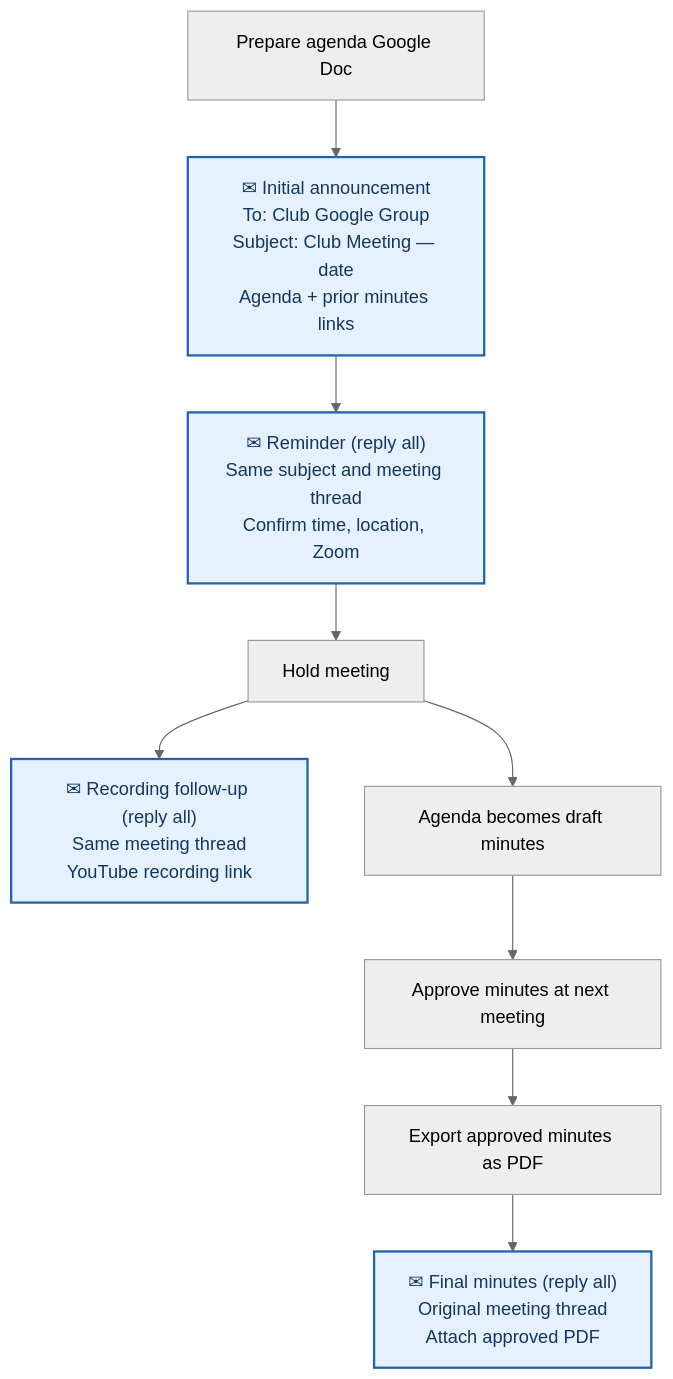
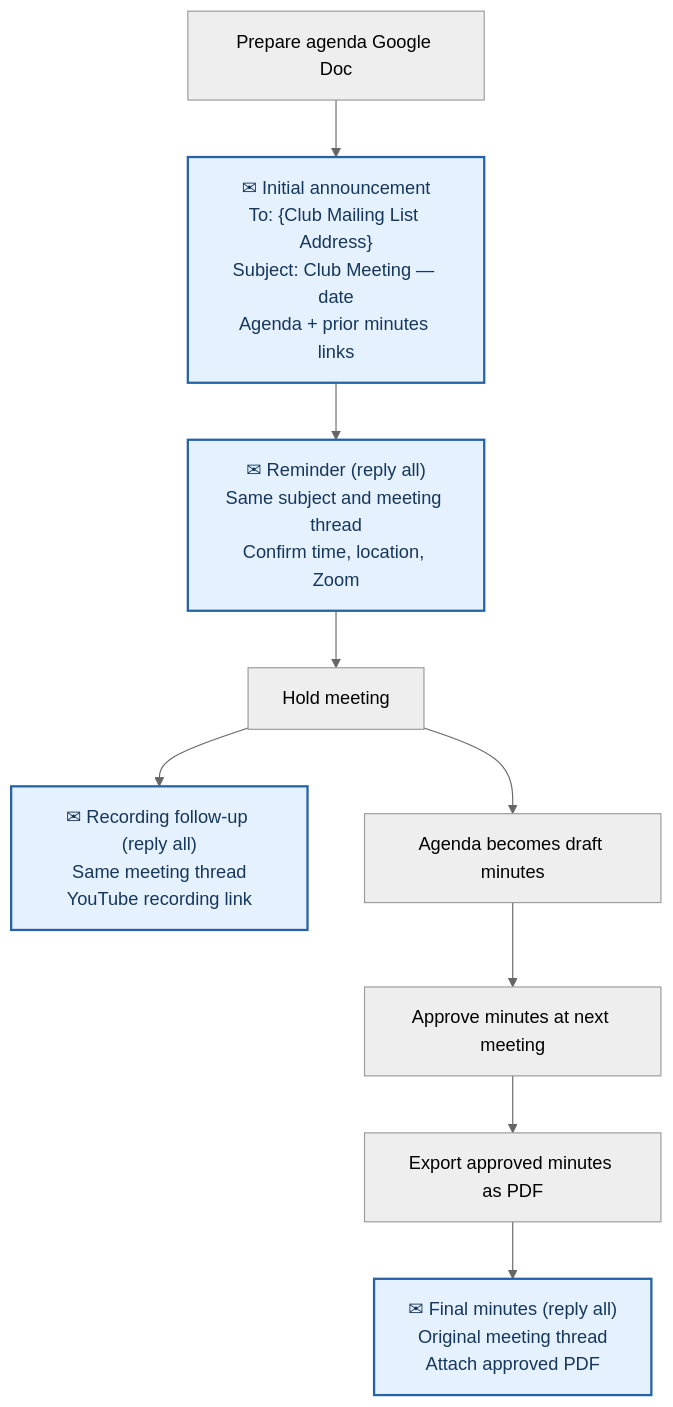
Before and after one commit to SFFilAmLions/club-handbook: the first of 2 diagrams in docs/secretary/meeting-lifecycle.md, drawn with Mermaid (neutral theme). The commit also changed other lines of this file and 4 other files, not shown here.

````diff
--- a/docs/secretary/meeting-lifecycle.md
+++ b/docs/secretary/meeting-lifecycle.md
@@ -7,13 +7,13 @@
 ```mermaid
 flowchart TD
-    A["Prepare agenda Google Doc"] --> B["✉ Initial announcement<br/>To: Club Google Group<br/>Subject: Club Meeting — date<br/>Agenda + prior minutes links"]
+    A["Prepare agenda Google Doc"] --> B["✉ Initial announcement<br/>To: {Club Mailing List Address}<br/>Subject: Club Meeting — date<br/>Agenda + prior minutes links"]
     B --> C["✉ Reminder (reply all)<br/>Same subject and meeting thread<br/>Confirm time, location, Zoom"]
     C --> D["Hold meeting"]
     D --> E["✉ Recording follow-up (reply all)<br/>Same meeting thread<br/>YouTube recording link"]
     D --> F["Agenda becomes draft minutes"]
     F --> G["Approve minutes at next meeting"]
     G --> H["Export approved minutes as PDF"]
     H --> I["✉ Final minutes (reply all)<br/>Original meeting thread<br/>Attach approved PDF"]
     classDef email fill:#e6f1ff,stroke:#2463a6,stroke-width:2px,color:#15375b
     class B,C,E,I email
 ```
````
